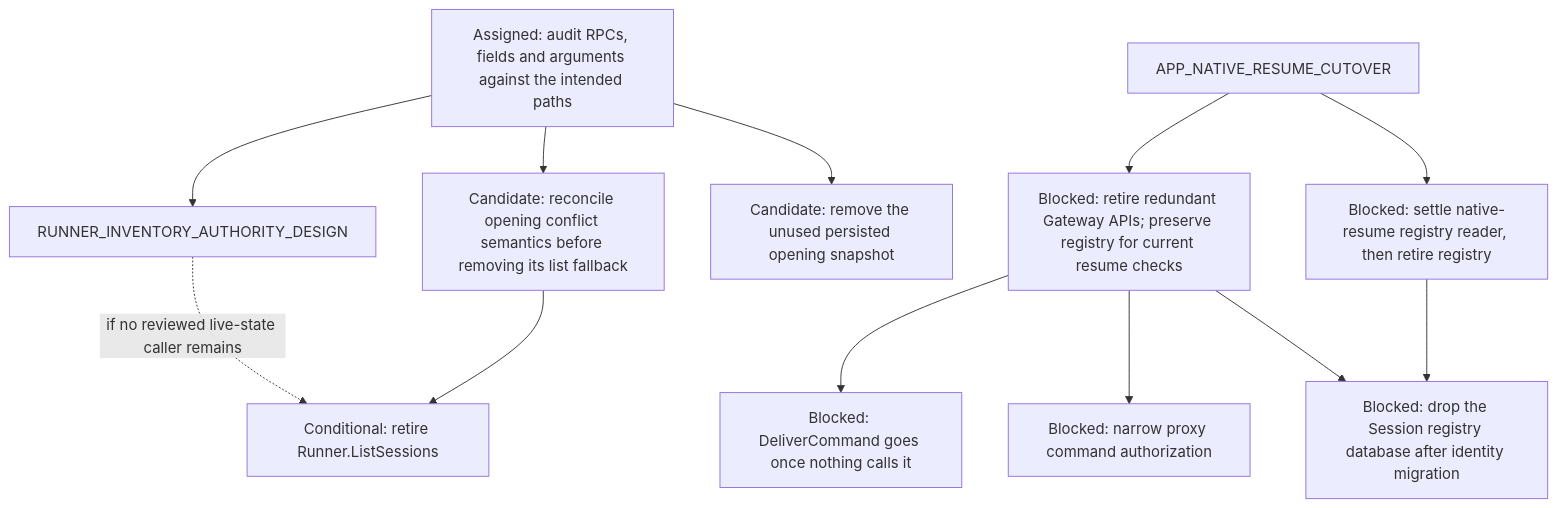
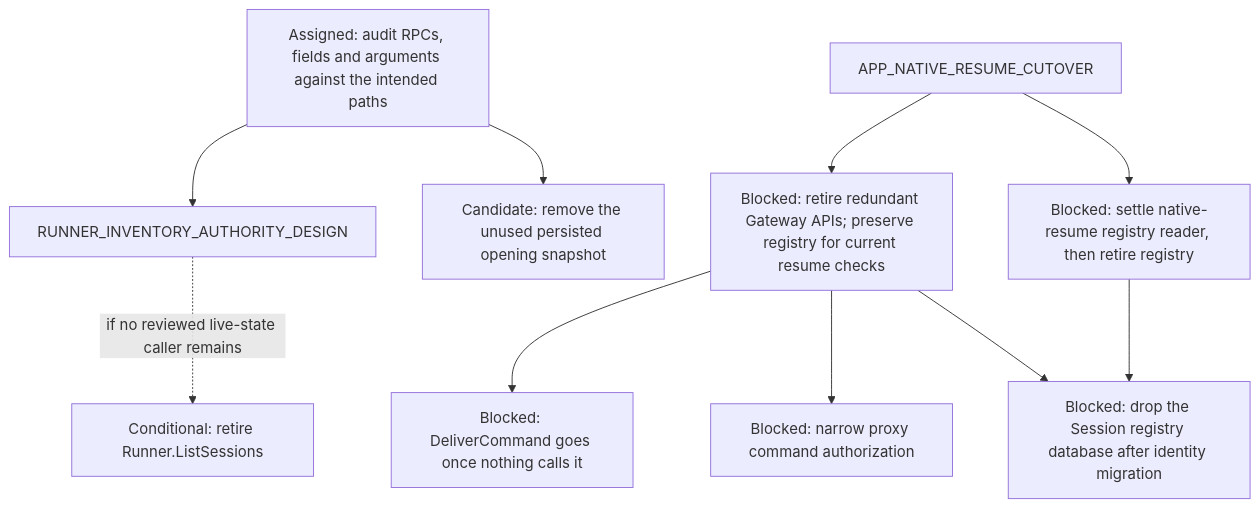
One commit to agentydragon-agent/ducktape changed diagram 15 of 17 in agentplane/plans/task_dag.md. Above: the diagram before and after it, drawn with Mermaid. The commit also changed other lines of this file and 8 other files, not shown here.

First line of the commit message:
Agentplane: treat runner session open conflicts as failures (#10645)

````diff
--- a/agentplane/plans/task_dag.md
+++ b/agentplane/plans/task_dag.md
@@ -1274,20 +1274,18 @@
 ```mermaid
 flowchart TD
     RUNNER_COMMAND_RPCS[Blocked: DeliverCommand goes once nothing calls it]
     CONTROL_SURFACE_RETIREMENT_AUDIT[Assigned: audit RPCs, fields and arguments against the intended paths]
     CONTROL_SURFACE_RETIREMENT_AUDIT --> RUNNER_INVENTORY_AUTHORITY_DESIGN
     RUNNER_INVENTORY_AUTHORITY_DESIGN -. if no reviewed live-state caller remains .-> RUNNER_LIST_SESSIONS_RETIRE[Conditional: retire Runner.ListSessions]
-    CONTROL_SURFACE_RETIREMENT_AUDIT --> DISPATCHER_OPEN_ALREADY_EXISTS[Candidate: reconcile opening conflict semantics before removing its list fallback]
-    DISPATCHER_OPEN_ALREADY_EXISTS --> RUNNER_LIST_SESSIONS_RETIRE
     CONTROL_SURFACE_RETIREMENT_AUDIT --> DISPATCHER_OPENING_ATTACHED_RETIRE[Candidate: remove the unused persisted opening snapshot]
     GATEWAY_WRAPPER_RETIRE --> RUNNER_COMMAND_RPCS
     GATEWAY_WRAPPER_RETIRE[Blocked: retire redundant Gateway APIs; preserve registry for current resume checks]
     APP_NATIVE_RESUME_CUTOVER --> GATEWAY_WRAPPER_RETIRE
     GATEWAY_DATABASE_DROP[Blocked: drop the Session registry database after identity migration]
     PROXY_START_METHODS_DISPATCHER_ONLY[Blocked: narrow proxy command authorization]
     GATEWAY_WRAPPER_RETIRE --> PROXY_START_METHODS_DISPATCHER_ONLY
     GATEWAY_WRAPPER_RETIRE --> GATEWAY_DATABASE_DROP
     GATEWAY_SESSION_REGISTRY_RETIRE[Blocked: settle native-resume registry reader, then retire registry]
     APP_NATIVE_RESUME_CUTOVER --> GATEWAY_SESSION_REGISTRY_RETIRE
     GATEWAY_SESSION_REGISTRY_RETIRE --> GATEWAY_DATABASE_DROP
 ```
````
